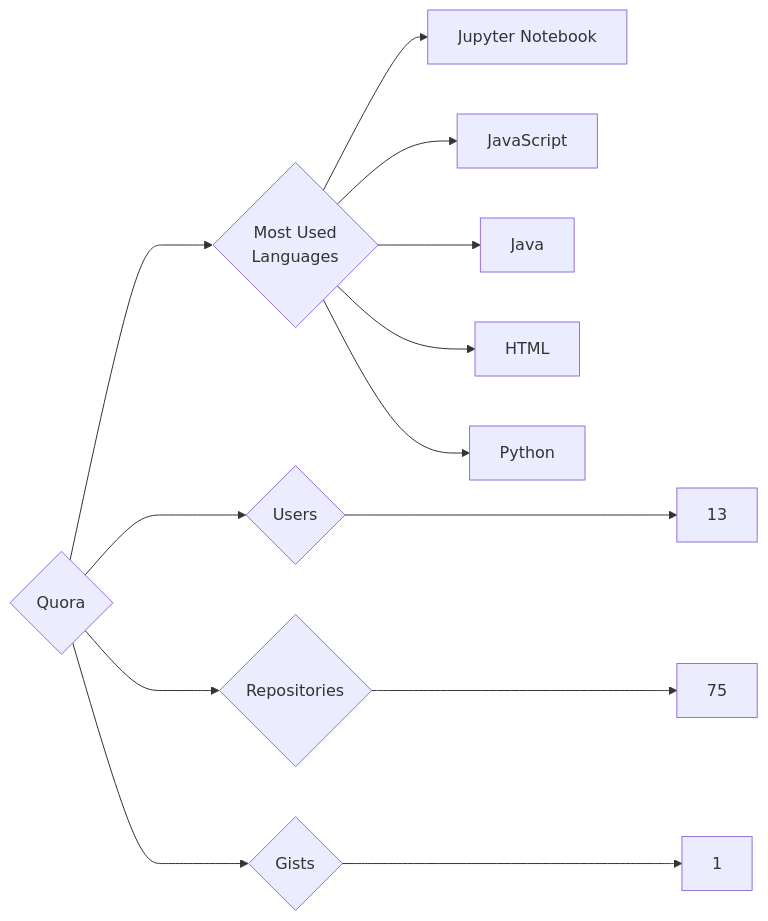
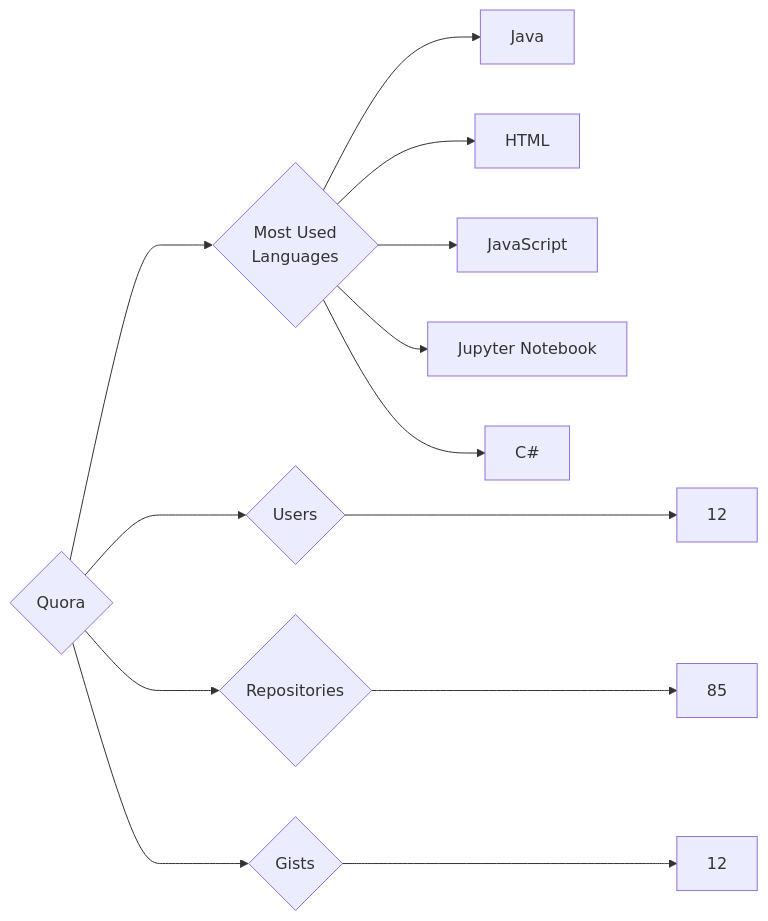
Before and after one commit to trickest/insiders: the diagram in targets/Quora/README.md, drawn with Mermaid. The commit also changed 1508 other files, not shown here.

````diff
--- a/targets/Quora/README.md
+++ b/targets/Quora/README.md
@@ -3,13 +3,13 @@
 ```mermaid
 graph LR
 COMPANY_NAME{Quora}
-COMPANY_NAME ---> U{Users} ---> UN[13]
-COMPANY_NAME ---> R{Repositories} ---> RN[75]
-COMPANY_NAME ---> G{Gists} ---> GN[1]
+COMPANY_NAME ---> U{Users} ---> UN[12]
+COMPANY_NAME ---> R{Repositories} ---> RN[85]
+COMPANY_NAME ---> G{Gists} ---> GN[12]
 COMPANY_NAME ---> ML{Most Used<br>Languages}
-ML --> Jupyter_Notebook[Jupyter Notebook]
-ML --> JavaScript[JavaScript]
 ML --> Java[Java]
 ML --> HTML[HTML]
-ML --> Python[Python]
+ML --> JavaScript[JavaScript]
+ML --> Jupyter_Notebook[Jupyter Notebook]
+ML --> C#[C#]
 ```
````
